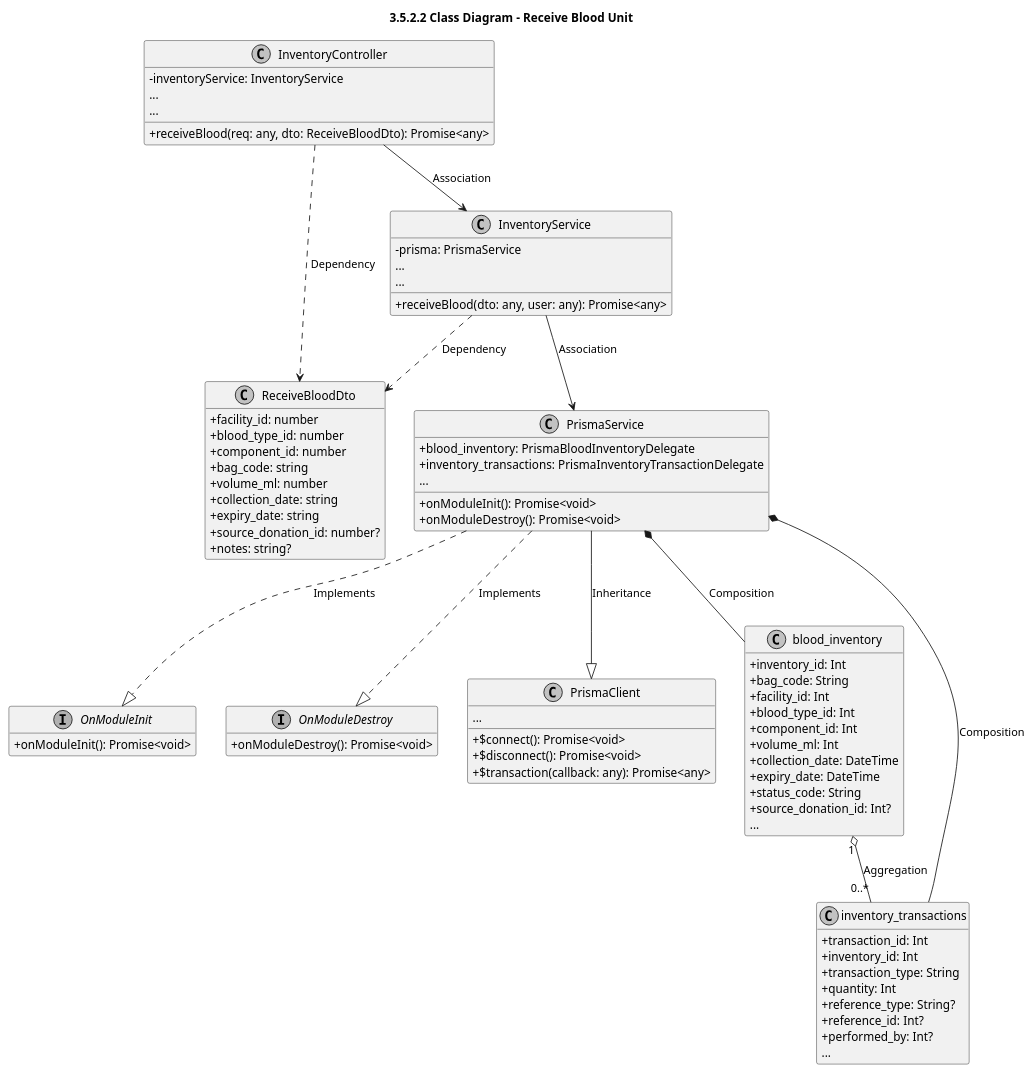
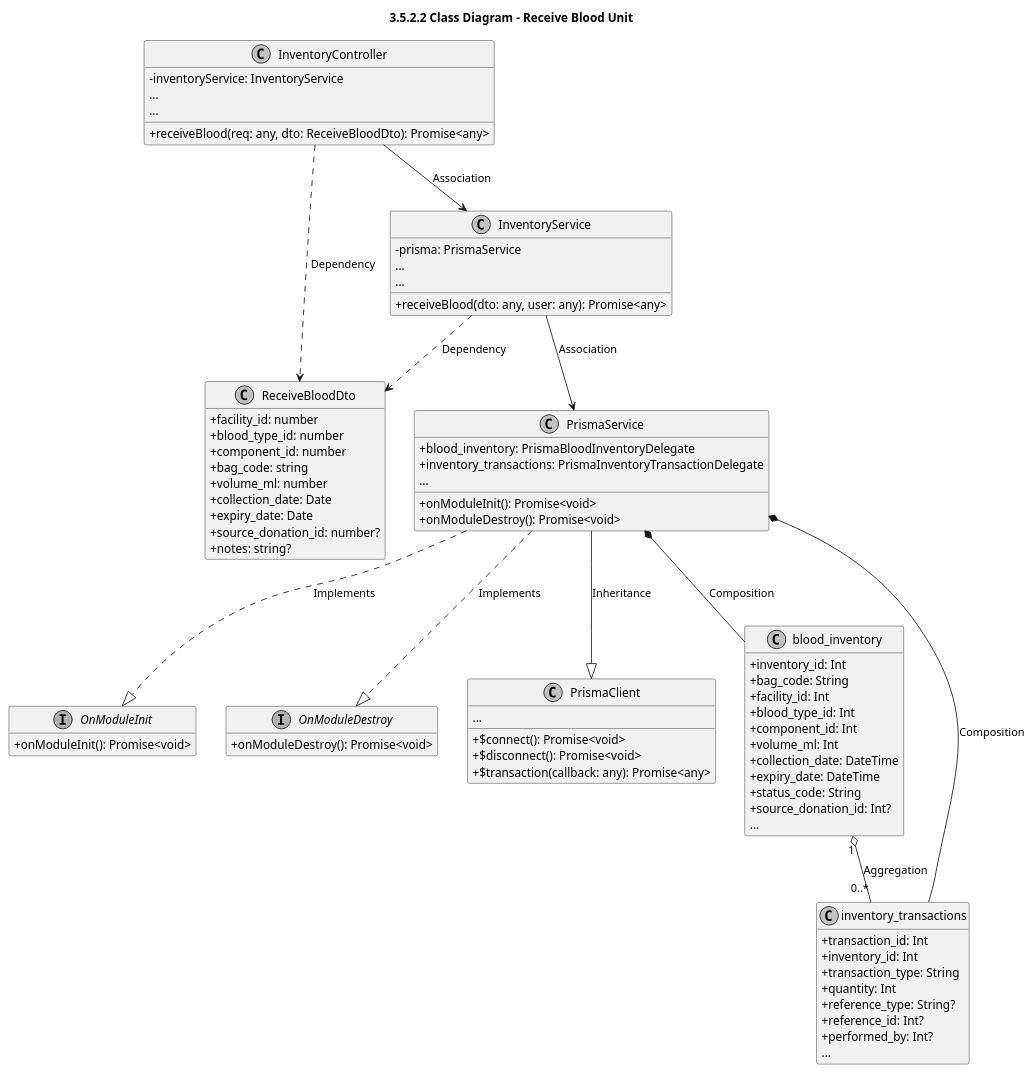
The third of 6 diagrams in modules_plantuml/05_inventory.md (CuongBC195/class-diagram-donation-blood), drawn with PlantUML before and after one commit. The commit also changed other lines of this file and 30 other files, not shown here.

Commit message:
fix(diagrams): achieve 100% capstone alignment with backend source code across all 13 modules

```diff
--- a/modules_plantuml/05_inventory.md
+++ b/modules_plantuml/05_inventory.md
@@ -291,8 +312,8 @@
   +component_id: number
   +bag_code: string
   +volume_ml: number
-  +collection_date: string
-  +expiry_date: string
+  +collection_date: Date
+  +expiry_date: Date
   +source_donation_id: number?
   +notes: string?
 }
```
